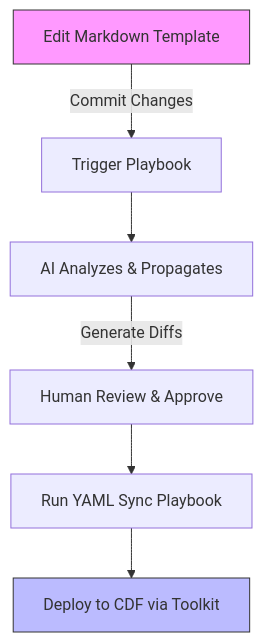
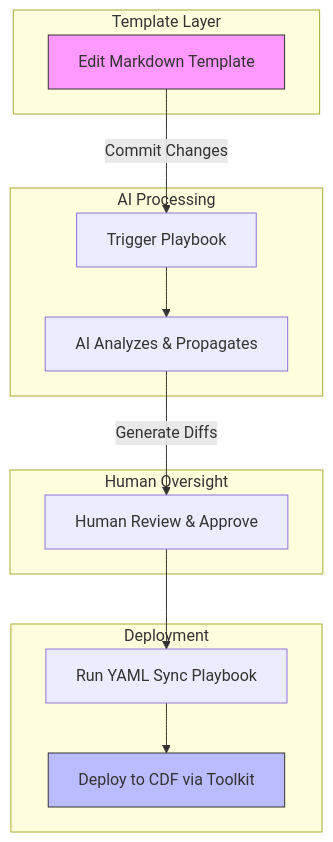
The third of 3 diagrams in docs/cdf_project/overview.md (blake-samaha/knowledge_base), drawn with Mermaid before and after one commit. The commit also changed other lines of this file and 1 other file, not shown here.

````diff
--- a/docs/cdf_project/overview.md
+++ b/docs/cdf_project/overview.md
@@ -39,10 +184,29 @@
 ```mermaid
 graph TD
     A[Edit Markdown Template] -->|Commit Changes| B[Trigger Playbook]
     B --> C[AI Analyzes & Propagates]
     C -->|Generate Diffs| D[Human Review & Approve]
     D --> E[Run YAML Sync Playbook]
     E --> F[Deploy to CDF via Toolkit]
+
+    subgraph "Template Layer"
+        A
+    end
+
+    subgraph "AI Processing"
+        B
+        C
+    end
+
+    subgraph "Human Oversight"
+        D
+    end
+
+    subgraph "Deployment"
+        E
+        F
+    end
+
     style A fill:#f9f,stroke:#333
     style F fill:#bbf,stroke:#333
 ```
````
